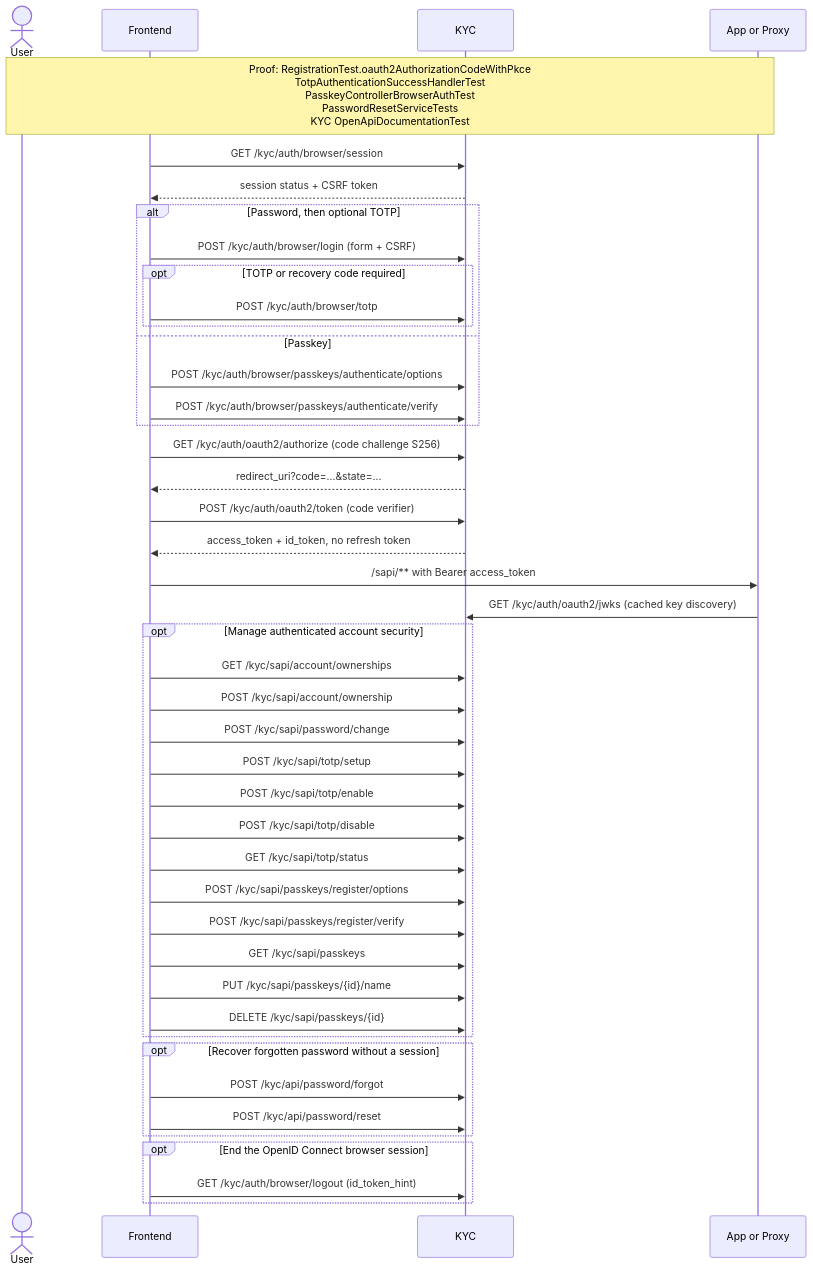
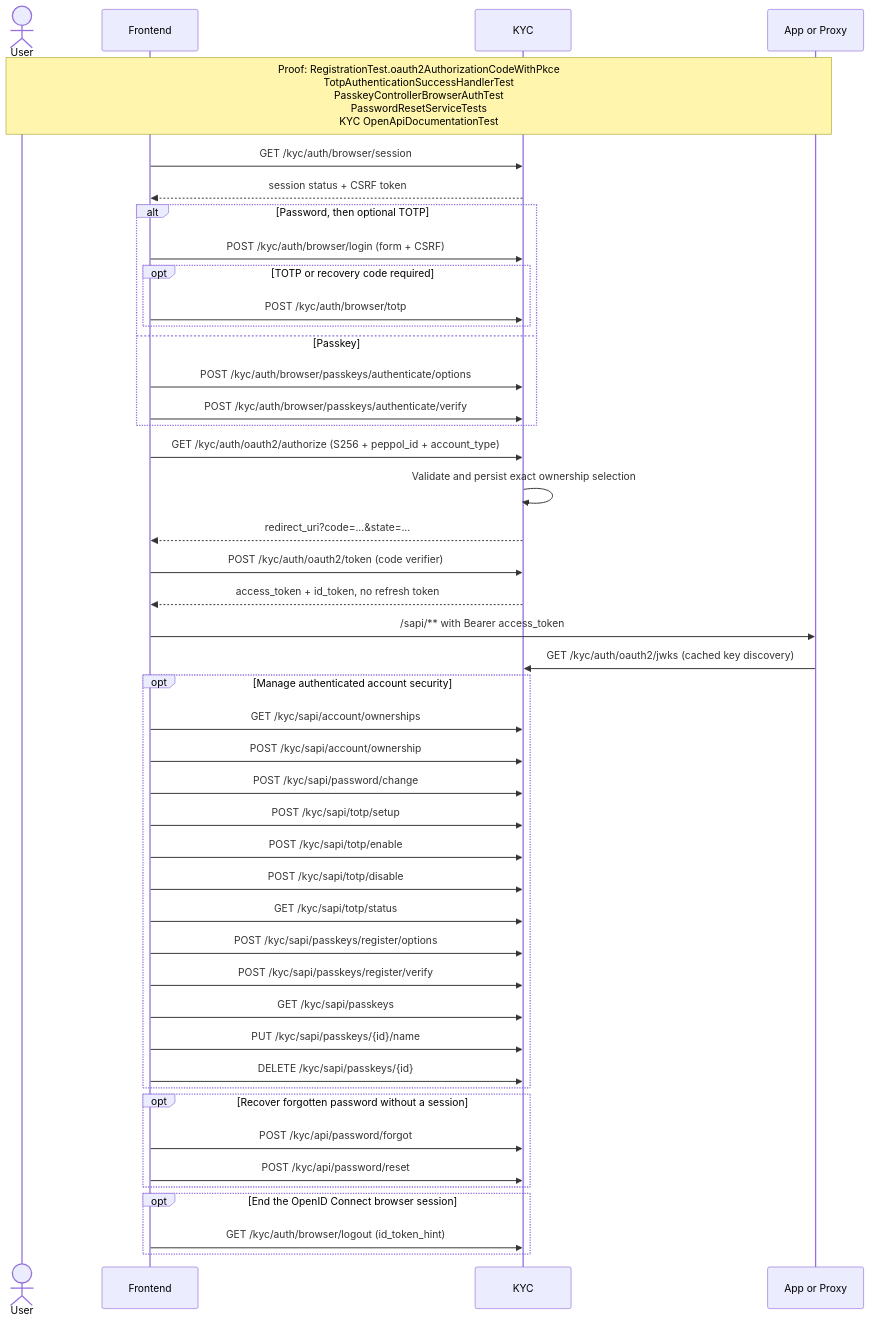
Before and after one commit to letspeppol/letspeppol: the diagram in readme/api-authentication-and-account-security.md, drawn with Mermaid. The commit also changed other lines of this file and 29 other files, not shown here.

````diff
--- a/readme/api-authentication-and-account-security.md
+++ b/readme/api-authentication-and-account-security.md
@@ -9,48 +9,49 @@
 ```mermaid
 sequenceDiagram
     actor User
     participant UI as Frontend
     participant KYC
     participant API as App or Proxy
 
     Note over User,API: Proof: RegistrationTest.oauth2AuthorizationCodeWithPkce<br/>TotpAuthenticationSuccessHandlerTest<br/>PasskeyControllerBrowserAuthTest<br/>PasswordResetServiceTests<br/>KYC OpenApiDocumentationTest
     UI->>KYC: GET /kyc/auth/browser/session
     KYC-->>UI: session status + CSRF token
     alt Password, then optional TOTP
         UI->>KYC: POST /kyc/auth/browser/login (form + CSRF)
         opt TOTP or recovery code required
             UI->>KYC: POST /kyc/auth/browser/totp
         end
     else Passkey
         UI->>KYC: POST /kyc/auth/browser/passkeys/authenticate/options
         UI->>KYC: POST /kyc/auth/browser/passkeys/authenticate/verify
     end
-    UI->>KYC: GET /kyc/auth/oauth2/authorize (code challenge S256)
+    UI->>KYC: GET /kyc/auth/oauth2/authorize (S256 + peppol_id + account_type)
+    KYC->>KYC: Validate and persist exact ownership selection
     KYC-->>UI: redirect_uri?code=...&state=...
     UI->>KYC: POST /kyc/auth/oauth2/token (code verifier)
     KYC-->>UI: access_token + id_token, no refresh token
     UI->>API: /sapi/** with Bearer access_token
     API->>KYC: GET /kyc/auth/oauth2/jwks (cached key discovery)
 
     opt Manage authenticated account security
         UI->>KYC: GET /kyc/sapi/account/ownerships
         UI->>KYC: POST /kyc/sapi/account/ownership
         UI->>KYC: POST /kyc/sapi/password/change
         UI->>KYC: POST /kyc/sapi/totp/setup
         UI->>KYC: POST /kyc/sapi/totp/enable
         UI->>KYC: POST /kyc/sapi/totp/disable
         UI->>KYC: GET /kyc/sapi/totp/status
         UI->>KYC: POST /kyc/sapi/passkeys/register/options
         UI->>KYC: POST /kyc/sapi/passkeys/register/verify
         UI->>KYC: GET /kyc/sapi/passkeys
         UI->>KYC: PUT /kyc/sapi/passkeys/{id}/name
         UI->>KYC: DELETE /kyc/sapi/passkeys/{id}
     end
     opt Recover forgotten password without a session
         UI->>KYC: POST /kyc/api/password/forgot
         UI->>KYC: POST /kyc/api/password/reset
     end
     opt End the OpenID Connect browser session
         UI->>KYC: GET /kyc/auth/browser/logout (id_token_hint)
     end
 ```
````
